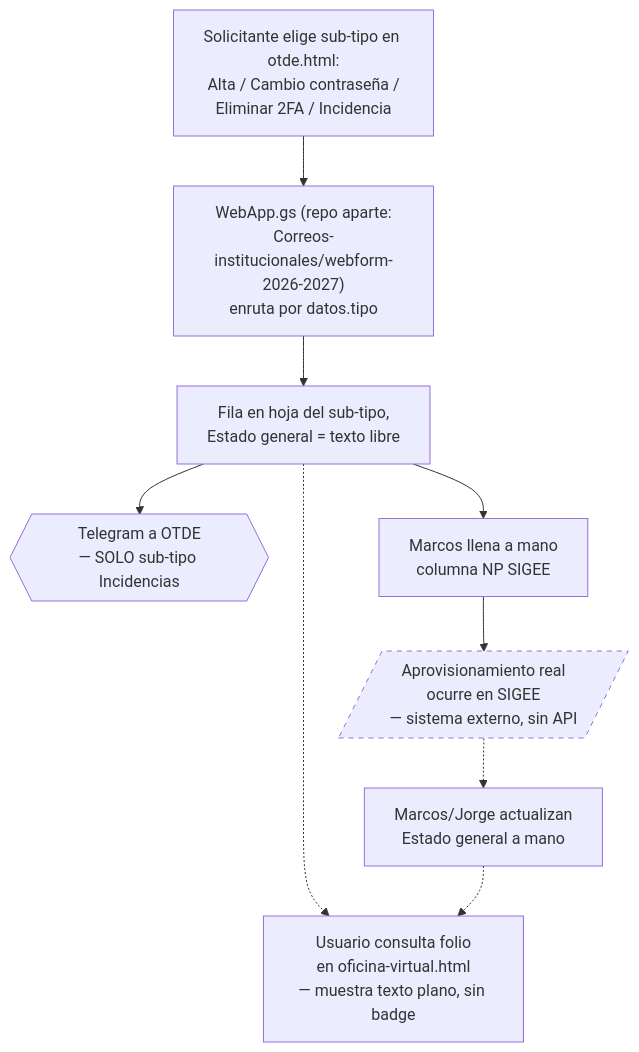
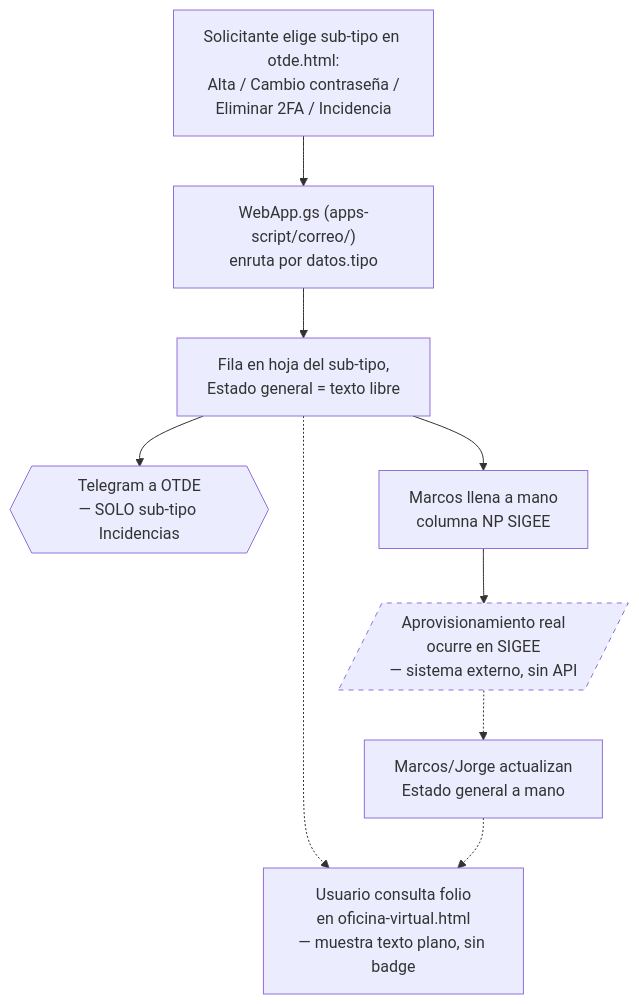
One commit to educaneza/seprn-sitio changed the fourth of 5 diagrams in docs/ARCHITECTURE.md. Above: the diagram before and after it, drawn with Mermaid. The commit also changed other lines of this file and 17 other files, not shown here.

First line of the commit message:
Actualizar documentación: cierre de sesión 31 ago 2026 — rediseño de correo, apps-script/correo/ integrado, UAT de Oficina Virtual

````diff
--- a/docs/ARCHITECTURE.md
+++ b/docs/ARCHITECTURE.md
@@ -1369,21 +1371,21 @@
 ```mermaid
 flowchart TD
     A[Solicitante elige sub-tipo en otde.html:<br/>Alta / Cambio contraseña /<br/>Eliminar 2FA / Incidencia]
-    B["WebApp.gs (repo aparte:<br/>Correos-institucionales/webform-2026-2027)<br/>enruta por datos.tipo"]
+    B["WebApp.gs (apps-script/correo/)<br/>enruta por datos.tipo"]
     C[Fila en hoja del sub-tipo,<br/>Estado general = texto libre]
     D{{Telegram a OTDE<br/>— SOLO sub-tipo Incidencias}}
     E[Marcos llena a mano<br/>columna NP SIGEE]
     F[/Aprovisionamiento real<br/>ocurre en SIGEE<br/>— sistema externo, sin API/]
     G[Marcos/Jorge actualizan<br/>Estado general a mano]
     H[Usuario consulta folio<br/>en oficina-virtual.html<br/>— muestra texto plano, sin badge]
 
     A --> B --> C
     C --> D
     C --> E --> F
     F -.-> G
     C -.-> H
     G -.-> H
 
     classDef externo stroke-dasharray: 5 5
     class F externo
 ```
````
